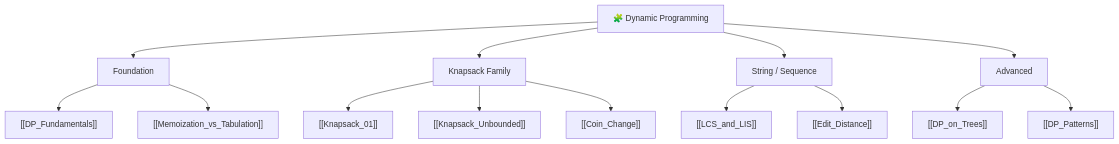
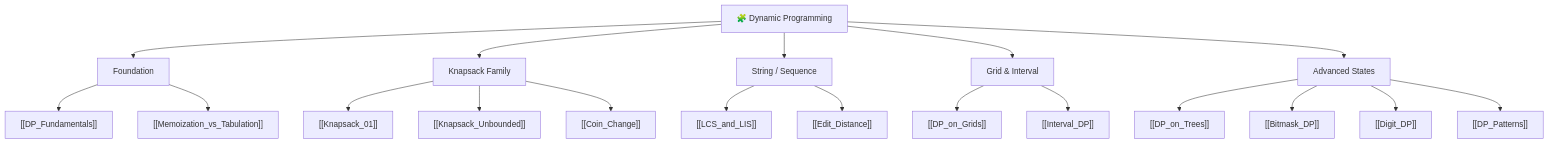
The diagram in DSA/10_Dynamic_Programming/_MOC_Dynamic_Programming.md (karanjain1601/Obsidian-Monday), drawn with Mermaid before and after one commit. The commit also changed other lines of this file and 274 other files, not shown here.

````diff
--- a/DSA/10_Dynamic_Programming/_MOC_Dynamic_Programming.md
+++ b/DSA/10_Dynamic_Programming/_MOC_Dynamic_Programming.md
@@ -15,22 +15,28 @@
 ```mermaid
 graph TD
     DP["🧩 Dynamic Programming"]
 
     DP --> FOUND["Foundation"]
     DP --> KS["Knapsack Family"]
     DP --> STR["String / Sequence"]
-    DP --> ADV["Advanced"]
+    DP --> GRID["Grid & Interval"]
+    DP --> ADV["Advanced States"]
 
     FOUND --> DPF["[[DP_Fundamentals]]"]
     FOUND --> MVT["[[Memoization_vs_Tabulation]]"]
 
     KS --> K01["[[Knapsack_01]]"]
     KS --> KUB["[[Knapsack_Unbounded]]"]
     KS --> CC["[[Coin_Change]]"]
 
     STR --> LCS["[[LCS_and_LIS]]"]
     STR --> ED["[[Edit_Distance]]"]
 
+    GRID --> DOG["[[DP_on_Grids]]"]
+    GRID --> IDP["[[Interval_DP]]"]
+
     ADV --> DOT["[[DP_on_Trees]]"]
+    ADV --> BMD["[[Bitmask_DP]]"]
+    ADV --> DGD["[[Digit_DP]]"]
     ADV --> DPP["[[DP_Patterns]]"]
 ```
````
